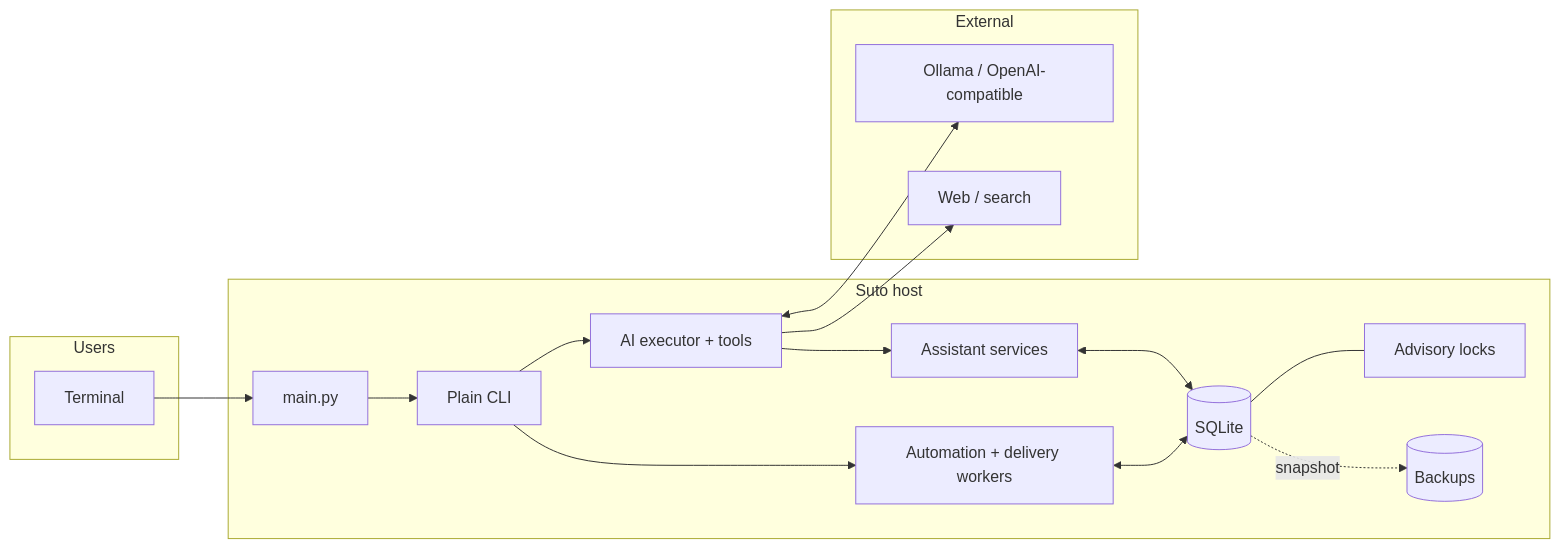
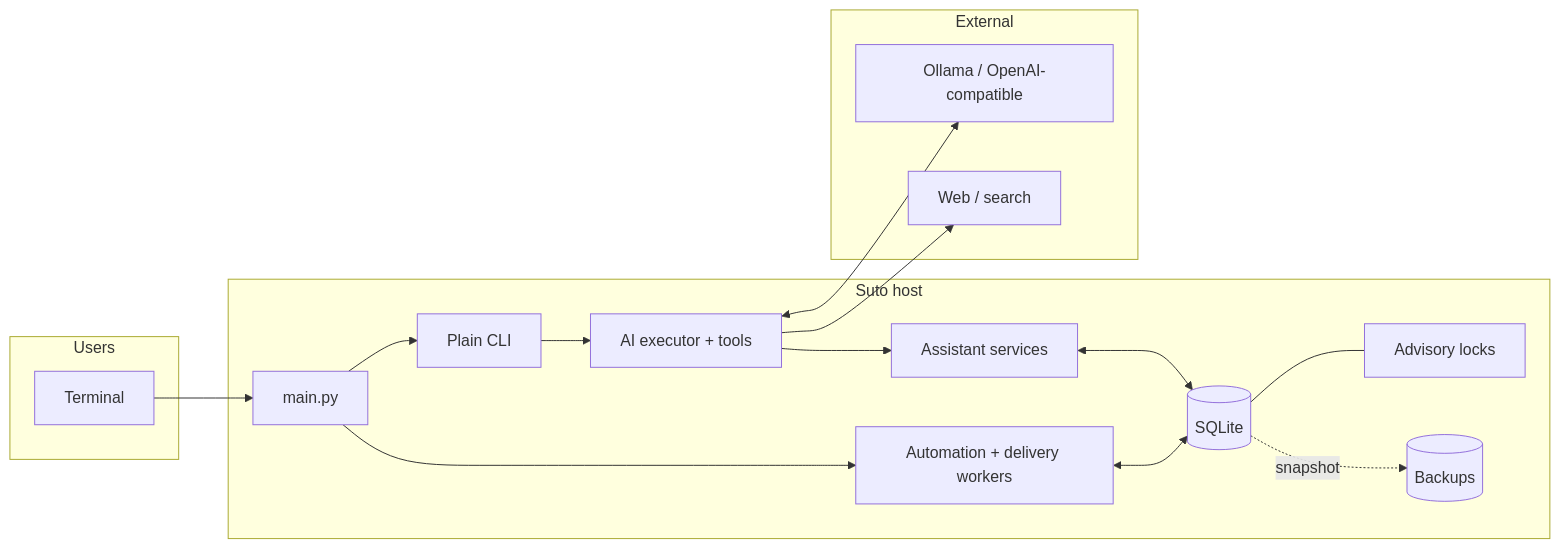
The diagram in AGENTS.md (shoyaa0815/suto), drawn with Mermaid before and after one commit. The commit also changed other lines of this file and 10 other files, not shown here.

Commit message:
refactor: decouple worker lifecycle from cli

````diff
--- a/AGENTS.md
+++ b/AGENTS.md
@@ -41,28 +43,28 @@
 ```mermaid
 flowchart LR
     subgraph Users
         T[Terminal]
     end
     subgraph Host[Suto host]
         Main[main.py]
         CLI[Plain CLI]
         AI[AI executor + tools]
         Service[Assistant services]
         Worker[Automation + delivery workers]
         DB[(SQLite)]
         Lock[Advisory locks]
         Backup[(Backups)]
     end
     subgraph External
         Provider[Ollama / OpenAI-compatible]
         Web[Web / search]
     end
     T --> Main --> CLI --> AI
     AI <--> Provider
     AI --> Web
     AI --> Service <--> DB
-    CLI --> Worker
+    Main --> Worker
     Worker <--> DB
     DB --- Lock
     DB -. snapshot .-> Backup
 ```
````
